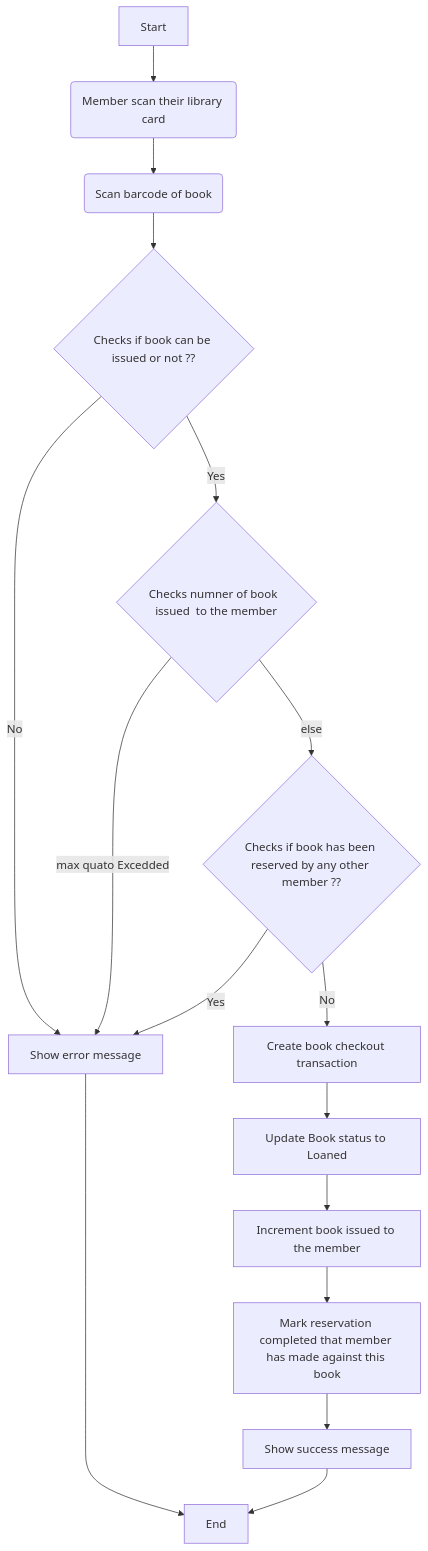
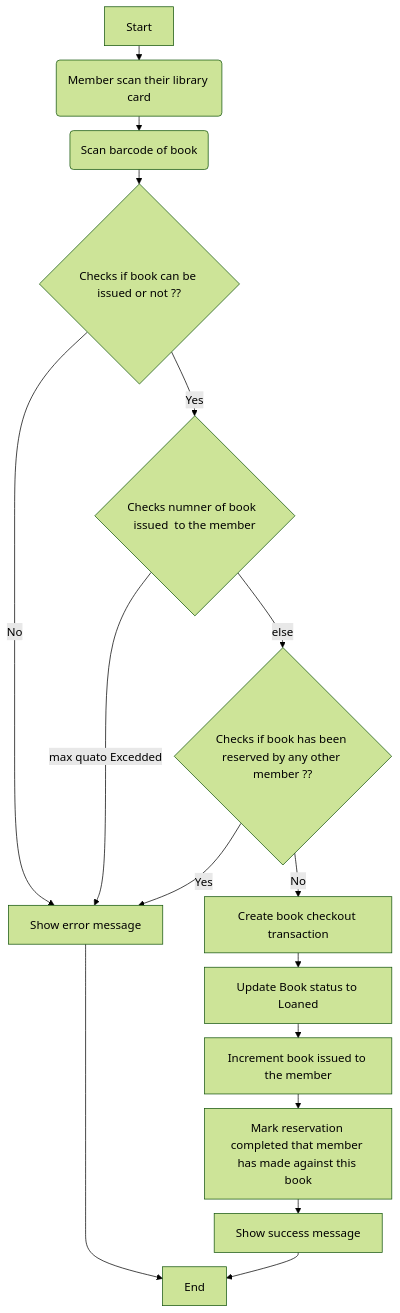
Before and after one commit to piyushmani/grokking-the-object-oriented-design-interview: the diagram in Library Management System/readme.md, drawn with Mermaid. The commit also changed other lines of this file, not shown here.

````diff
--- a/Library Management System/readme.md
+++ b/Library Management System/readme.md
@@ -40,25 +41,25 @@
 ```mermaid
+%%{init: { "theme": "forest","flowchart": {"nodeSpacing":10, "rankSpacing":20,"curve": "basic","useMaxWidth":false}} }%%
 flowchart TD
     A[Start] --> B
     B(Member scan their library card) --> C
     C(Scan barcode of book) --> D
     D{Checks if book can be issued or not ??}
     E{ Checks numner of book  issued  to the member}
     F{Checks if book has been reserved by any other member ??}
     G[Create book checkout transaction]
     H[Update Book status to Loaned]
     I[Increment book issued to the member]
     J[Mark reservation completed that member has made against this book]
     K[Show success message]
     D -->|No| Y 
     D -->|Yes| E
     E -->|max quato Excedded|Y 
     E -->|else| F
     F -->|Yes | Y 
     F -->|No| G -->H -->I -->J -->K-->Z
     Y[Show error message]
     Z[End]
     Y -->Z
-    
-    
+      
 ```
````
